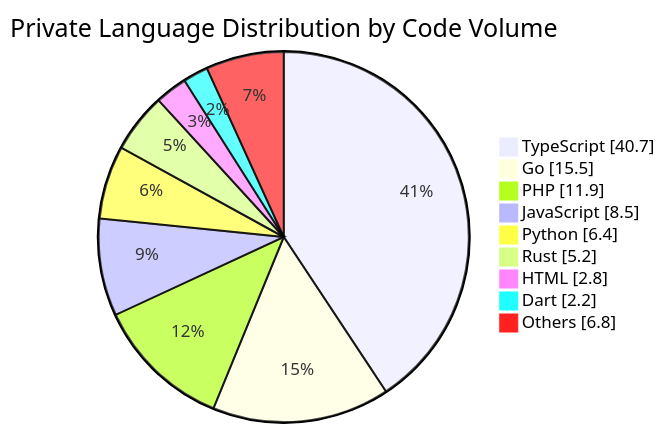
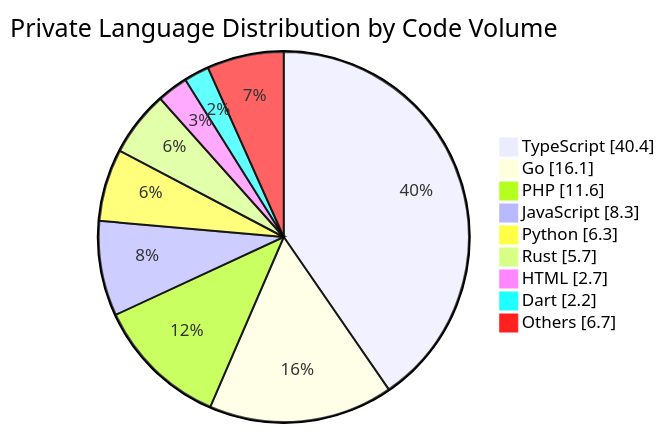
Before and after one commit to Lamy210/Lamy210: the diagram in README.md, drawn with Mermaid. The commit also changed other lines of this file, not shown here.

Commit message:
chore: update private technology summary [skip ci]

````diff
--- a/README.md
+++ b/README.md
@@ -47,13 +47,13 @@
 ```mermaid
 pie showData
     title Private Language Distribution by Code Volume
-    "TypeScript" : 40.7
-    "Go" : 15.5
-    "PHP" : 11.9
-    "JavaScript" : 8.5
-    "Python" : 6.4
-    "Rust" : 5.2
-    "HTML" : 2.8
+    "TypeScript" : 40.4
+    "Go" : 16.1
+    "PHP" : 11.6
+    "JavaScript" : 8.3
+    "Python" : 6.3
+    "Rust" : 5.7
+    "HTML" : 2.7
     "Dart" : 2.2
-    "Others" : 6.8
+    "Others" : 6.7
 ```
````
